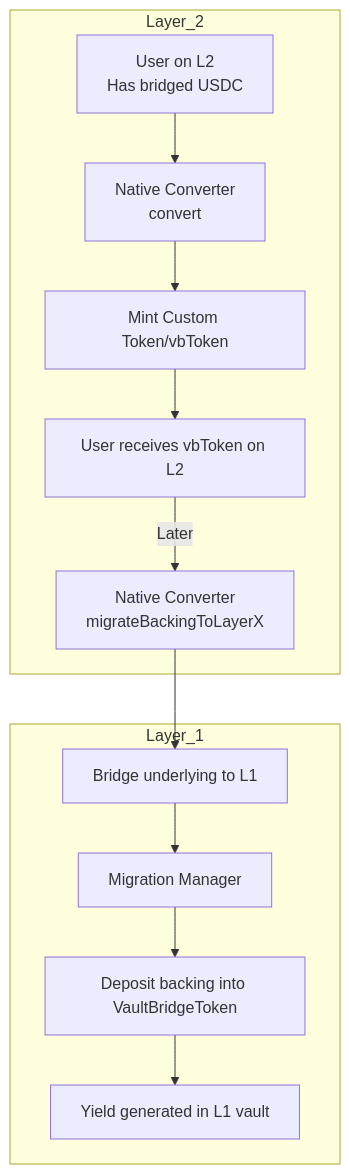
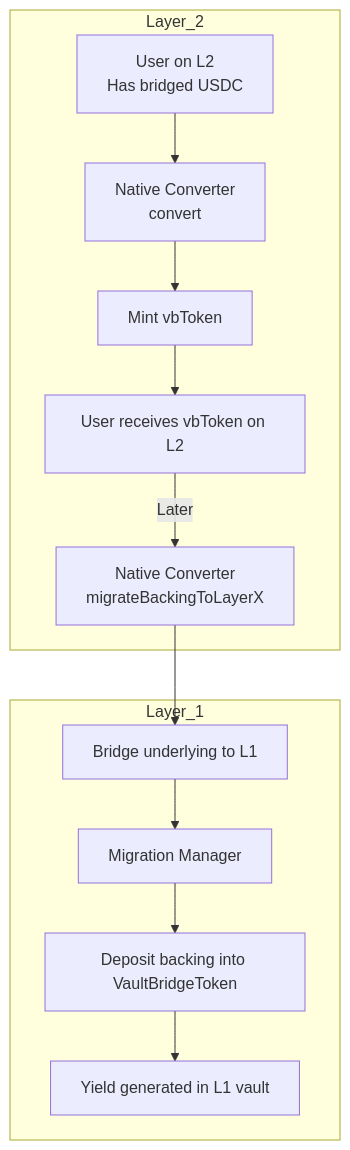
The diagram in docs/vault-bridge/integration-guides/native-converter-integration.md (BrianSeong99/agglayer-docs), drawn with Mermaid before and after one commit. The commit also changed other lines of this file and 1 other file, not shown here.

````diff
--- a/docs/vault-bridge/integration-guides/native-converter-integration.md
+++ b/docs/vault-bridge/integration-guides/native-converter-integration.md
@@ -44,15 +44,15 @@
 ```mermaid
 flowchart TD
     subgraph Layer_2
         A[User on L2<br/>Has bridged USDC] --> B[Native Converter<br/>convert]
-        B --> C[Mint Custom Token/vbToken]
+        B --> C[Mint vbToken]
         C --> D[User receives vbToken on L2]
         D -->|Later| E[Native Converter<br/>migrateBackingToLayerX]
     end
     subgraph Layer_1
         E --> F[Bridge underlying to L1]
         F --> G[Migration Manager]
         G --> H[Deposit backing into VaultBridgeToken]
         H --> I[Yield generated in L1 vault]
     end
 ```
````
